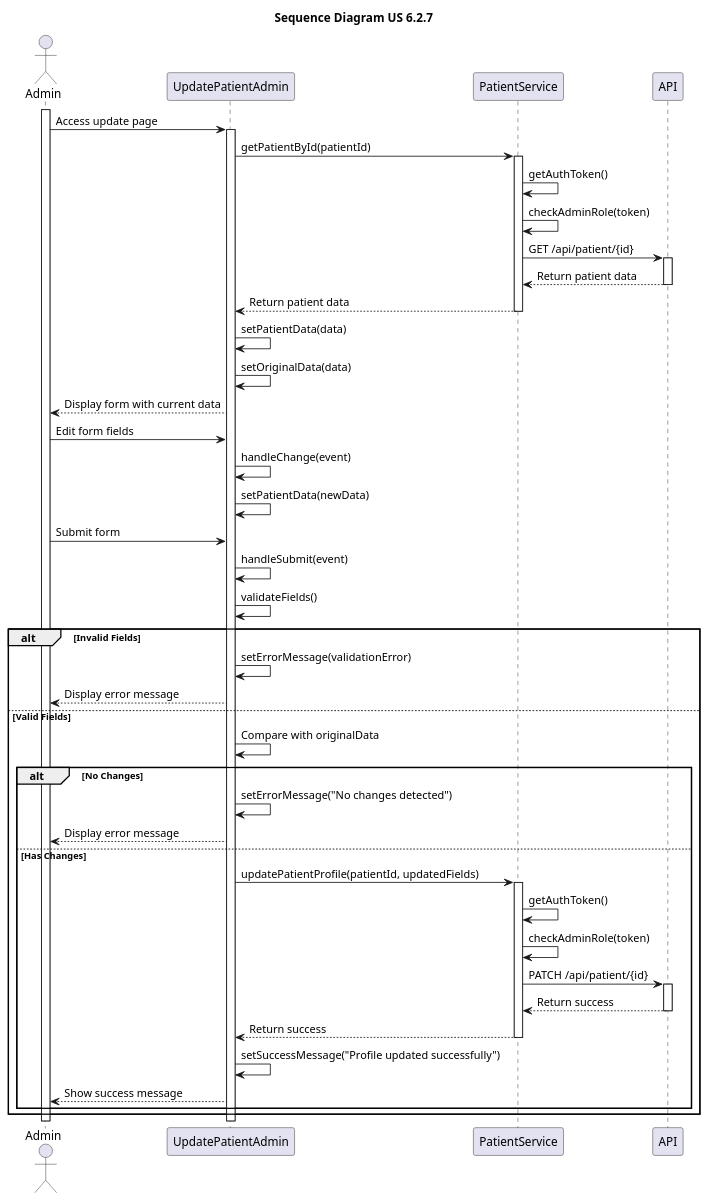
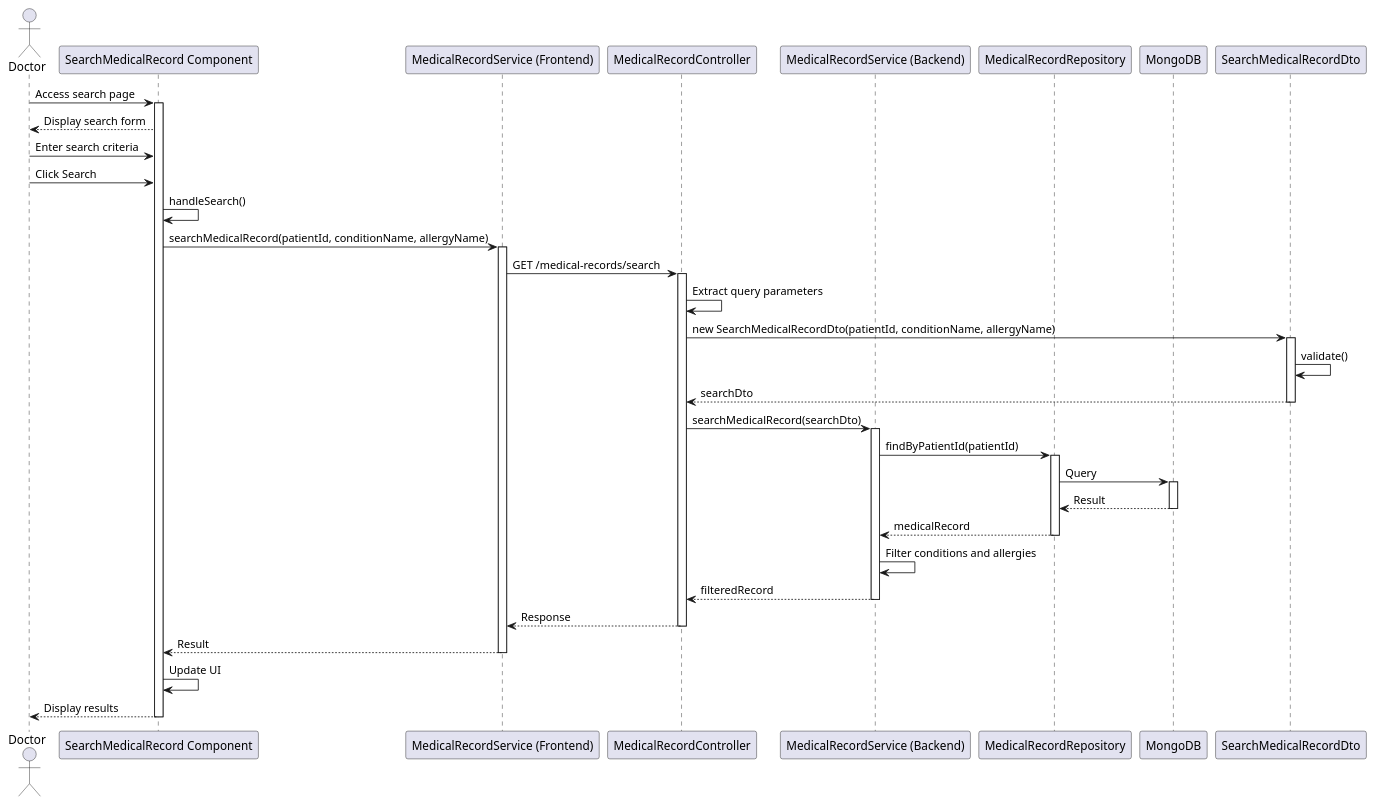
The diagram in docs/Sprint3/US 7.2.7/SD.puml (HugBar/3DC_G17), drawn with PlantUML before and after one commit. The commit also changed 5 other files, not shown here.

```diff
--- a/docs/Sprint3/US 7.2.7/SD.puml
+++ b/docs/Sprint3/US 7.2.7/SD.puml
@@ -1,58 +1,61 @@
-@startuml namespace
-title "Sequence Diagram US 6.2.7"
+@startuml Search Medical Record Sequence Diagram
 
-actor Admin
-participant UpdatePatientAdmin
-participant PatientService
-participant API
+actor Doctor
+participant Frontend as "SearchMedicalRecord Component"
+participant FrontendService as "MedicalRecordService (Frontend)"
+participant Controller as "MedicalRecordController"
+participant Service as "MedicalRecordService (Backend)"
+participant Repository as "MedicalRecordRepository"
+participant Database as "MongoDB"
 
-activate Admin
-Admin->UpdatePatientAdmin: Access update page
-activate UpdatePatientAdmin
-UpdatePatientAdmin->PatientService: getPatientById(patientId)
-activate PatientService
-PatientService->PatientService: getAuthToken()
-PatientService->PatientService: checkAdminRole(token)
-PatientService->API: GET /api/patient/{id}
-activate API
-API-->PatientService: Return patient data
-deactivate API
-PatientService-->UpdatePatientAdmin: Return patient data
-deactivate PatientService
-UpdatePatientAdmin->UpdatePatientAdmin: setPatientData(data)
-UpdatePatientAdmin->UpdatePatientAdmin: setOriginalData(data)
-UpdatePatientAdmin-->Admin: Display form with current data
+Doctor -> Frontend: Access search page
+activate Frontend
+Frontend --> Doctor: Display search form
 
-Admin->UpdatePatientAdmin: Edit form fields
-UpdatePatientAdmin->UpdatePatientAdmin: handleChange(event)
-UpdatePatientAdmin->UpdatePatientAdmin: setPatientData(newData)
+Doctor -> Frontend: Enter search criteria
+Doctor -> Frontend: Click Search
+Frontend -> Frontend: handleSearch()
 
-Admin->UpdatePatientAdmin: Submit form
-UpdatePatientAdmin->UpdatePatientAdmin: handleSubmit(event)
-UpdatePatientAdmin->UpdatePatientAdmin: validateFields()
+Frontend -> FrontendService: searchMedicalRecord(patientId, conditionName, allergyName)
+activate FrontendService
 
-alt Invalid Fields
-    UpdatePatientAdmin->UpdatePatientAdmin: setErrorMessage(validationError)
-    UpdatePatientAdmin-->Admin: Display error message
-else Valid Fields
-    UpdatePatientAdmin->UpdatePatientAdmin: Compare with originalData
-    alt No Changes
-        UpdatePatientAdmin->UpdatePatientAdmin: setErrorMessage("No changes detected")
-        UpdatePatientAdmin-->Admin: Display error message
-    else Has Changes
-        UpdatePatientAdmin->PatientService: updatePatientProfile(patientId, updatedFields)
-        activate PatientService
-        PatientService->PatientService: getAuthToken()
-        PatientService->PatientService: checkAdminRole(token)
-        PatientService->API: PATCH /api/patient/{id}
-        activate API
-        API-->PatientService: Return success
-        deactivate API
-        PatientService-->UpdatePatientAdmin: Return success
-        deactivate PatientService
-        UpdatePatientAdmin->UpdatePatientAdmin: setSuccessMessage("Profile updated successfully")
-        UpdatePatientAdmin-->Admin: Show success message
-    end
-end
+FrontendService -> Controller: GET /medical-records/search
+activate Controller
+
+Controller -> Controller: Extract query parameters
+Controller -> SearchMedicalRecordDto: new SearchMedicalRecordDto(patientId, conditionName, allergyName)
+activate SearchMedicalRecordDto
+SearchMedicalRecordDto -> SearchMedicalRecordDto: validate()
+SearchMedicalRecordDto --> Controller: searchDto
+deactivate SearchMedicalRecordDto
+
+Controller -> Service: searchMedicalRecord(searchDto)
+activate Service
+
+Service -> Repository: findByPatientId(patientId)
+activate Repository
+
+Repository -> Database: Query
+activate Database
+Database --> Repository: Result
+deactivate Database
+
+Repository --> Service: medicalRecord
+deactivate Repository
+
+Service -> Service: Filter conditions and allergies
+Service --> Controller: filteredRecord
+deactivate Service
+
+Controller --> FrontendService: Response
+deactivate Controller
+
+FrontendService --> Frontend: Result
+deactivate FrontendService
+
+Frontend -> Frontend: Update UI
+Frontend --> Doctor: Display results
+
+deactivate Frontend
 
 @enduml
```
